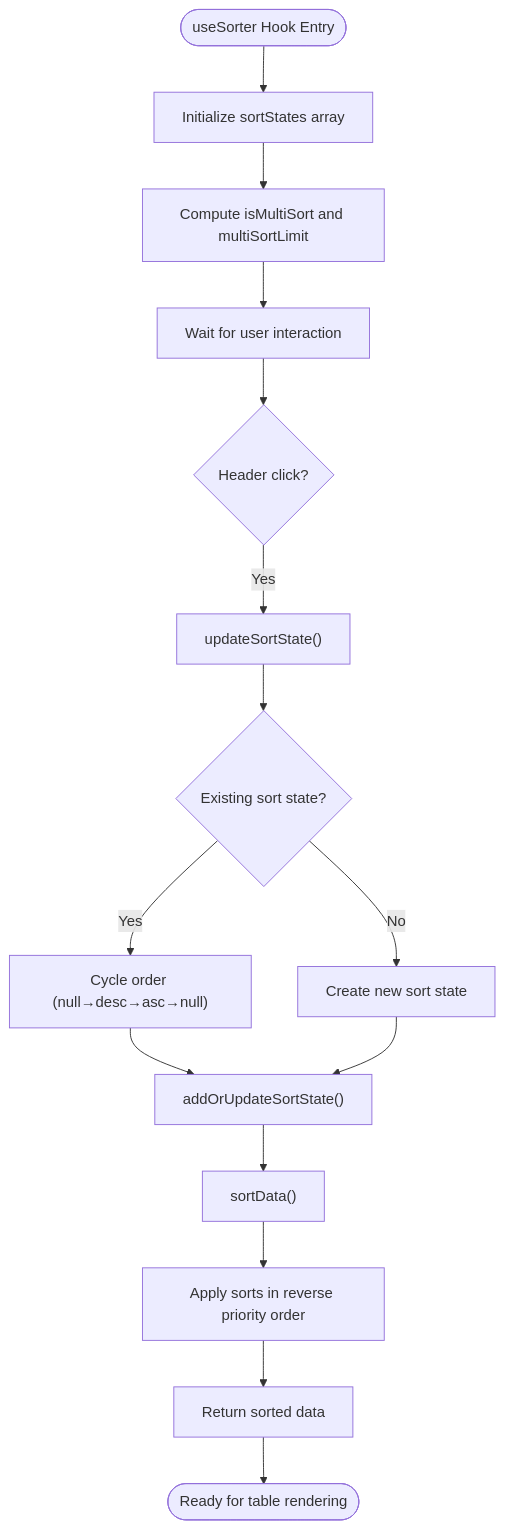
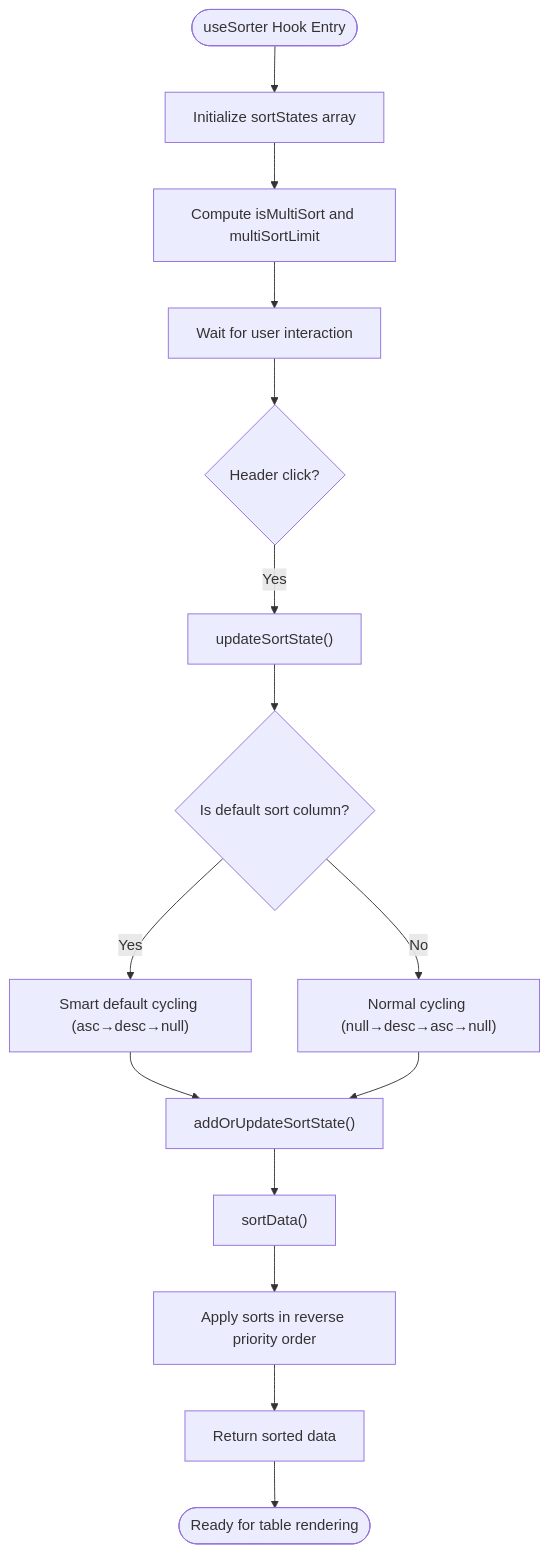
Before and after one commit to ja-plus/stk-table-vue: the third of 11 diagrams in .qoder/repowiki/en/content/Advanced Features/Advanced Sorting/Advanced Sorting.md, drawn with Mermaid. The commit also changed other lines of this file and 3 other files, not shown here.

````diff
--- a/.qoder/repowiki/en/content/Advanced Features/Advanced Sorting/Advanced Sorting.md
+++ b/.qoder/repowiki/en/content/Advanced Features/Advanced Sorting/Advanced Sorting.md
@@ -167,17 +182,17 @@
 ```mermaid
 flowchart TD
 Start(["useSorter Hook Entry"]) --> Init["Initialize sortStates array"]
 Init --> Config["Compute isMultiSort and multiSortLimit"]
 Config --> Wait["Wait for user interaction"]
 Wait --> Click{"Header click?"}
 Click --> |Yes| Update["updateSortState()"]
-Update --> CheckExisting{"Existing sort state?"}
-CheckExisting --> |Yes| Cycle["Cycle order (null→desc→asc→null)"]
-CheckExisting --> |No| Create["Create new sort state"]
-Cycle --> AddOrUpdate["addOrUpdateSortState()"]
-Create --> AddOrUpdate
+Update --> CheckDefault{"Is default sort column?"}
+CheckDefault --> |Yes| DefaultCycle["Smart default cycling (asc→desc→null)"]
+CheckDefault --> |No| NormalCycle["Normal cycling (null→desc→asc→null)"]
+DefaultCycle --> AddOrUpdate["addOrUpdateSortState()"]
+NormalCycle --> AddOrUpdate
 AddOrUpdate --> SortData["sortData()"]
 SortData --> ApplySorts["Apply sorts in reverse priority order"]
 ApplySorts --> Result["Return sorted data"]
 Result --> End(["Ready for table rendering"])
 ```
````
